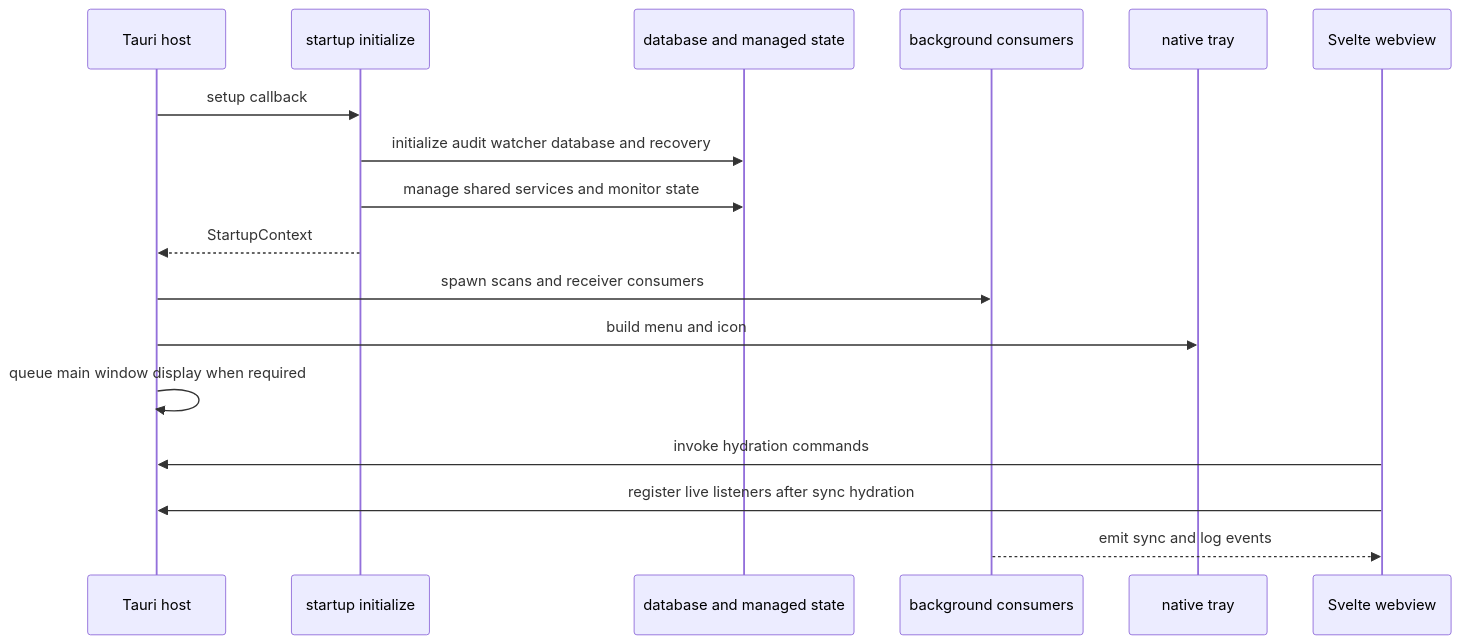
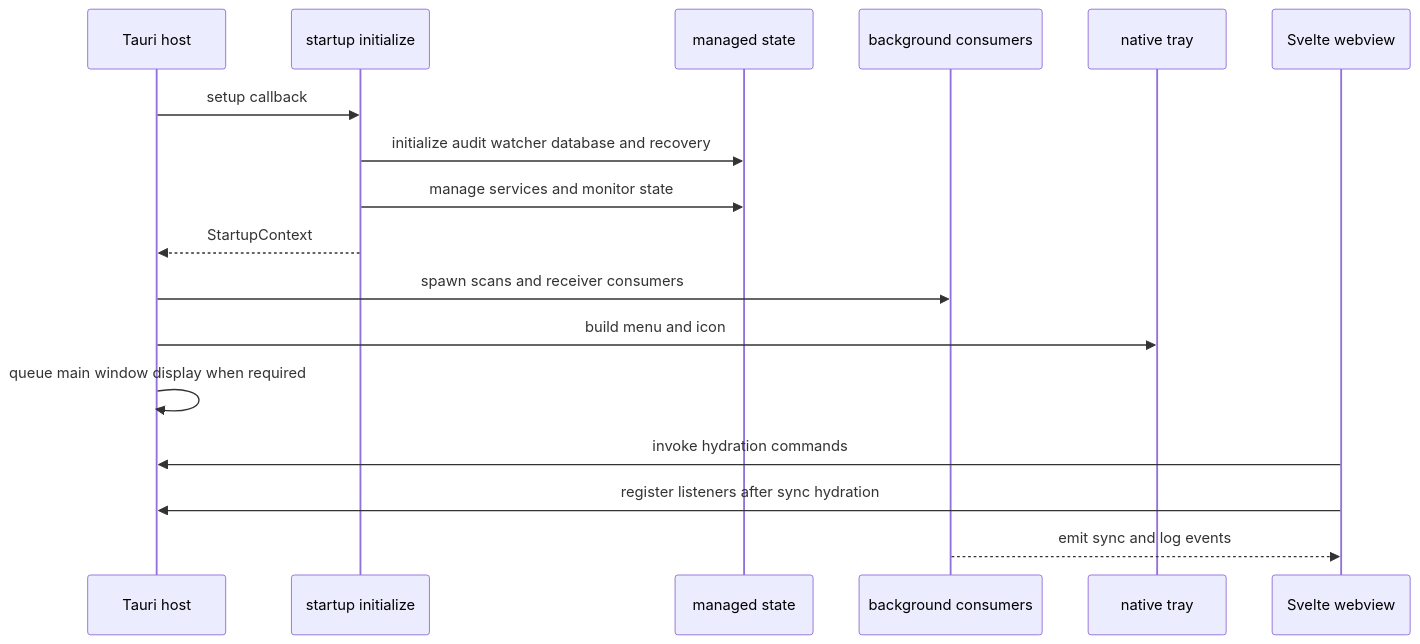
Before and after one commit to xXRoxXeRXx/lymic: the first of 2 diagrams in openwiki/architecture/runtime.md, drawn with Mermaid. The commit also changed other lines of this file and 21 other files, not shown here.

````diff
--- a/openwiki/architecture/runtime.md
+++ b/openwiki/architecture/runtime.md
@@ -43,20 +49,20 @@
 ```mermaid
 sequenceDiagram
     participant Host as Tauri host
     participant Init as startup initialize
-    participant State as database and managed state
+    participant Managed as managed state
     participant Workers as background consumers
     participant Tray as native tray
     participant Web as Svelte webview
 
     Host->>Init: setup callback
-    Init->>State: initialize audit watcher database and recovery
-    Init->>State: manage shared services and monitor state
+    Init->>Managed: initialize audit watcher database and recovery
+    Init->>Managed: manage services and monitor state
     Init-->>Host: StartupContext
     Host->>Workers: spawn scans and receiver consumers
     Host->>Tray: build menu and icon
     Host->>Host: queue main window display when required
     Web->>Host: invoke hydration commands
-    Web->>Host: register live listeners after sync hydration
+    Web->>Host: register listeners after sync hydration
     Workers-->>Web: emit sync and log events
 ```
````
